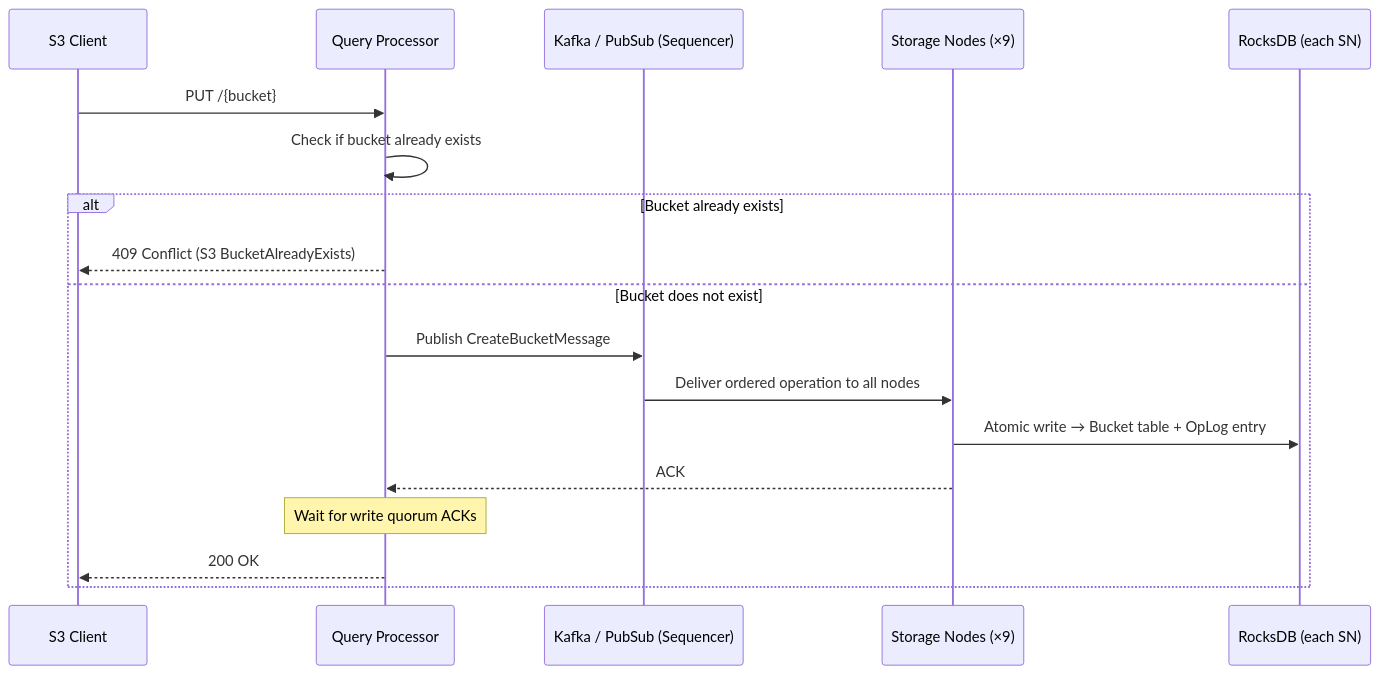
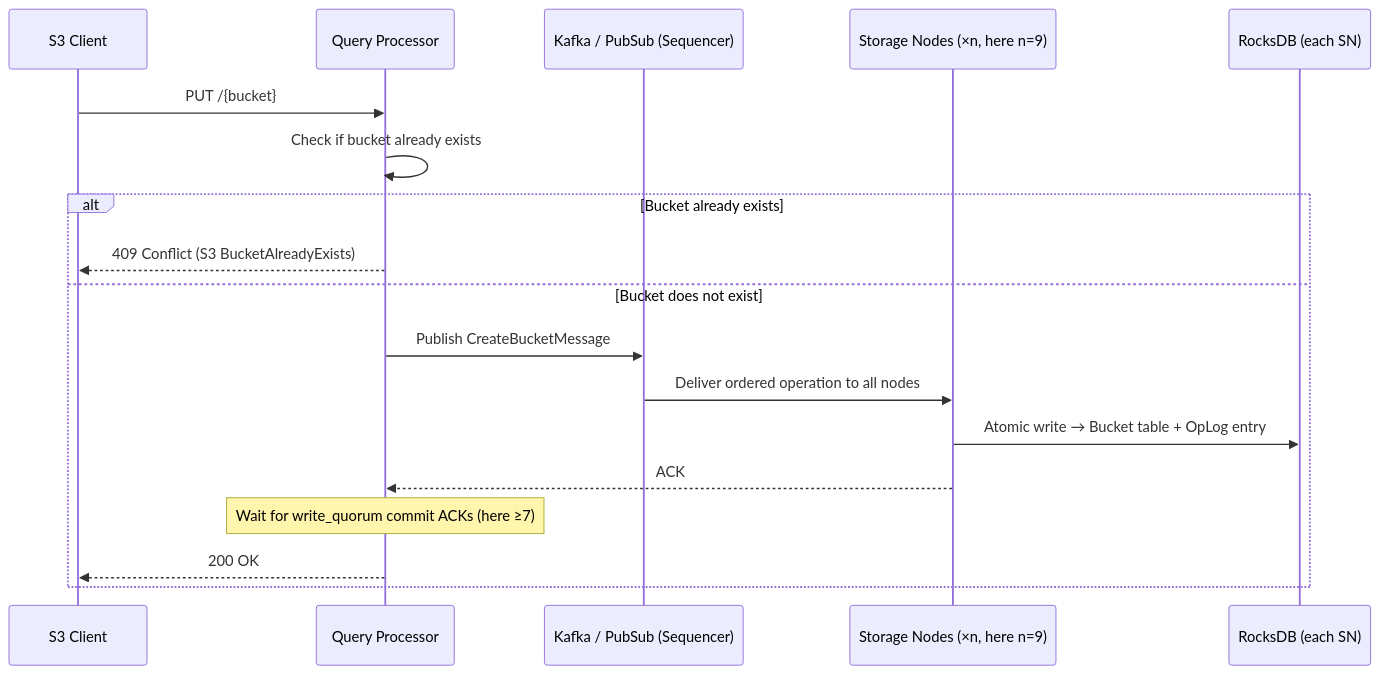
The sixth of 16 diagrams in docs/workflow.md (S26-Distributed-Capstone/Koop), drawn with Mermaid before and after one commit. The commit also changed other lines of this file and 12 other files, not shown here.

First line of the commit message:
Enhance architecture documentation and multipart upload logic

````diff
--- a/docs/workflow.md
+++ b/docs/workflow.md
@@ -168,21 +180,21 @@
 ```mermaid
 sequenceDiagram
     participant C as S3 Client
     participant QP as Query Processor
     participant Kafka as Kafka / PubSub (Sequencer)
-    participant SN as Storage Nodes (×9)
+    participant SN as Storage Nodes (×n, here n=9)
     participant RDB as RocksDB (each SN)
 
     C->>QP: PUT /{bucket}
     QP->>QP: Check if bucket already exists
     alt Bucket already exists
         QP-->>C: 409 Conflict (S3 BucketAlreadyExists)
     else Bucket does not exist
         QP->>Kafka: Publish CreateBucketMessage
         Kafka->>SN: Deliver ordered operation to all nodes
         SN->>RDB: Atomic write → Bucket table + OpLog entry
         SN-->>QP: ACK
-        Note over QP: Wait for write quorum ACKs
+        Note over QP: Wait for write_quorum commit ACKs (here ≥7)
         QP-->>C: 200 OK
     end
 ```
````
